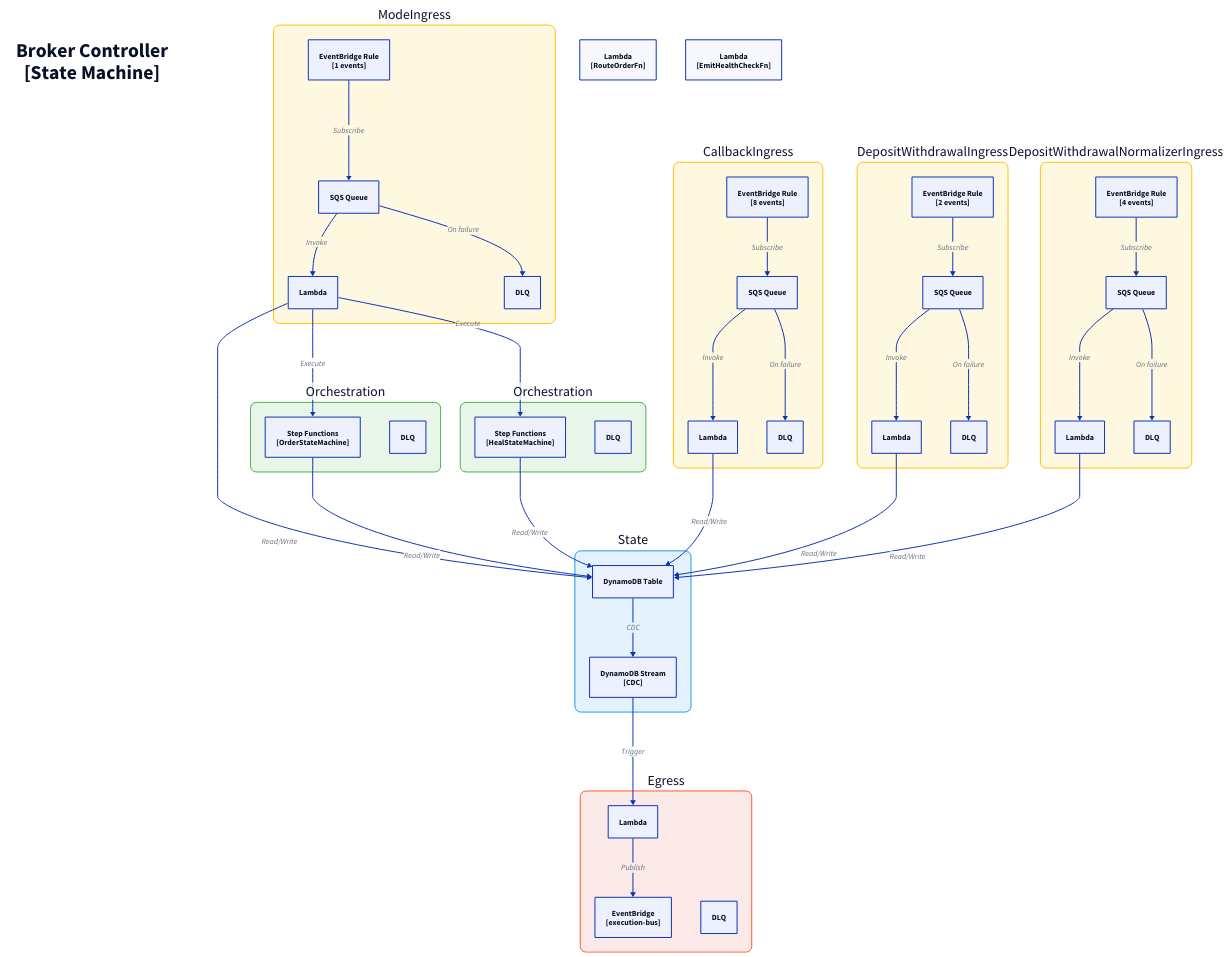
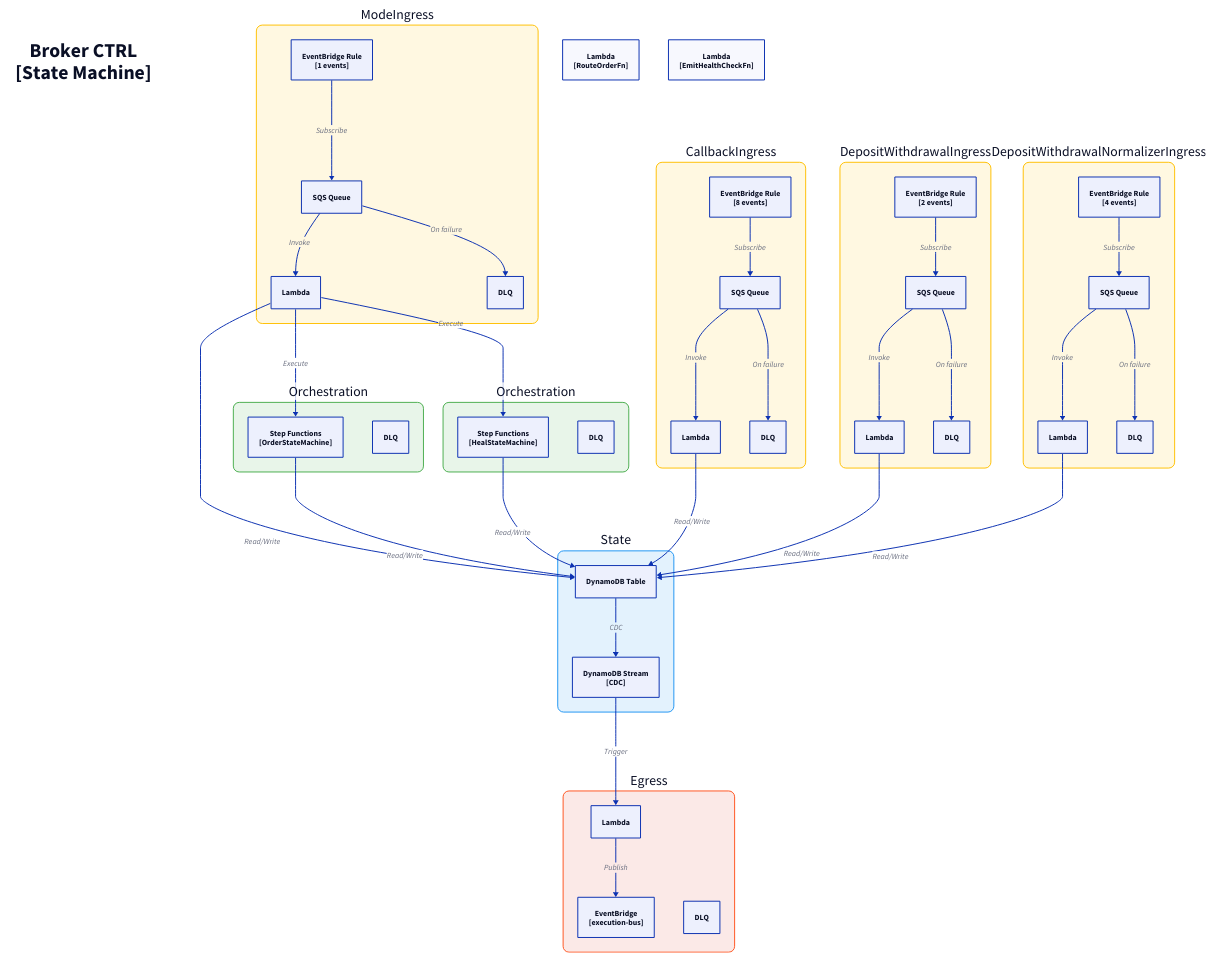
One commit to fabio-vitali/nestfolio changed the diagram in docs/architecture/c3/broker-ctrl.d2. Above: the diagram before and after it, drawn with D2. The commit also changed 57 other files, not shown here.

Commit message:
fix: c4 diagrams fixes

```diff
--- a/docs/architecture/c3/broker-ctrl.d2
+++ b/docs/architecture/c3/broker-ctrl.d2
@@ -1,95 +1,95 @@
 direction: down
 
-title: "Broker Controller\n[State Machine]" {
+title: "Broker CTRL\n[State Machine]" {
   style: { font-size: 40; bold: true; fill: transparent; stroke: transparent }
 }
 
 mode-ingress: "ModeIngress" {
   style: { fill: "#FFF8E1"; stroke: "#FFC107"; border-radius: 12; font-size: 28 }
   rule: "EventBridge Rule\n[1 events]" { class: aws-eventbridge }
   sqs: "SQS Queue" { class: aws-sqs }
   dlq: "DLQ" { class: aws-dlq }
   handler: "Lambda" { class: aws-lambda }
 
   rule -> sqs: Subscribe
   sqs -> handler: Invoke
   sqs -> dlq: On failure
 }
 
 callback-ingress: "CallbackIngress" {
   style: { fill: "#FFF8E1"; stroke: "#FFC107"; border-radius: 12; font-size: 28 }
   rule: "EventBridge Rule\n[8 events]" { class: aws-eventbridge }
   sqs: "SQS Queue" { class: aws-sqs }
   dlq: "DLQ" { class: aws-dlq }
   handler: "Lambda" { class: aws-lambda }
 
   rule -> sqs: Subscribe
   sqs -> handler: Invoke
   sqs -> dlq: On failure
 }
 
 deposit-withdrawal-ingress: "DepositWithdrawalIngress" {
   style: { fill: "#FFF8E1"; stroke: "#FFC107"; border-radius: 12; font-size: 28 }
   rule: "EventBridge Rule\n[2 events]" { class: aws-eventbridge }
   sqs: "SQS Queue" { class: aws-sqs }
   dlq: "DLQ" { class: aws-dlq }
   handler: "Lambda" { class: aws-lambda }
 
   rule -> sqs: Subscribe
   sqs -> handler: Invoke
   sqs -> dlq: On failure
 }
 
 deposit-withdrawal-normalizer-ingress: "DepositWithdrawalNormalizerIngress" {
   style: { fill: "#FFF8E1"; stroke: "#FFC107"; border-radius: 12; font-size: 28 }
   rule: "EventBridge Rule\n[4 events]" { class: aws-eventbridge }
   sqs: "SQS Queue" { class: aws-sqs }
   dlq: "DLQ" { class: aws-dlq }
   handler: "Lambda" { class: aws-lambda }
 
   rule -> sqs: Subscribe
   sqs -> handler: Invoke
   sqs -> dlq: On failure
 }
 
 state: "State" {
   style: { fill: "#E3F2FD"; stroke: "#2196F3"; border-radius: 12; font-size: 28 }
   table: "DynamoDB Table" { class: aws-dynamodb }
   stream: "DynamoDB Stream\n[CDC]" { class: aws-ddb-stream }
   table -> stream: CDC
 }
 
 egress: "Egress" {
   style: { fill: "#FBE9E7"; stroke: "#FF5722"; border-radius: 12; font-size: 28 }
   processor: "Lambda" { class: aws-lambda }
   bus: "EventBridge\n[execution-bus]" { class: aws-eventbridge }
   dlq: "DLQ" { class: aws-dlq }
 
   processor -> bus: Publish
 }
 
 order-state-machine: "Orchestration" {
   style: { fill: "#E8F5E9"; stroke: "#4CAF50"; border-radius: 12; font-size: 28 }
   state-machine: "Step Functions\n[OrderStateMachine]" { class: aws-stepfunctions }
   dlq: "DLQ" { class: aws-dlq }
 }
 
 heal-state-machine: "Orchestration" {
   style: { fill: "#E8F5E9"; stroke: "#4CAF50"; border-radius: 12; font-size: 28 }
   state-machine: "Step Functions\n[HealStateMachine]" { class: aws-stepfunctions }
   dlq: "DLQ" { class: aws-dlq }
 }
 
 route-order-fn: "Lambda\n[RouteOrderFn]" { class: aws-lambda }
 emit-health-check-fn: "Lambda\n[EmitHealthCheckFn]" { class: aws-lambda }
 
 # Flows
 mode-ingress.handler -> state.table: Read/Write
 callback-ingress.handler -> state.table: Read/Write
 deposit-withdrawal-ingress.handler -> state.table: Read/Write
 deposit-withdrawal-normalizer-ingress.handler -> state.table: Read/Write
 state.stream -> egress.processor: Trigger
 mode-ingress.handler -> order-state-machine.state-machine: Execute
 order-state-machine.state-machine -> state.table: Read/Write
 mode-ingress.handler -> heal-state-machine.state-machine: Execute
 heal-state-machine.state-machine -> state.table: Read/Write
```
